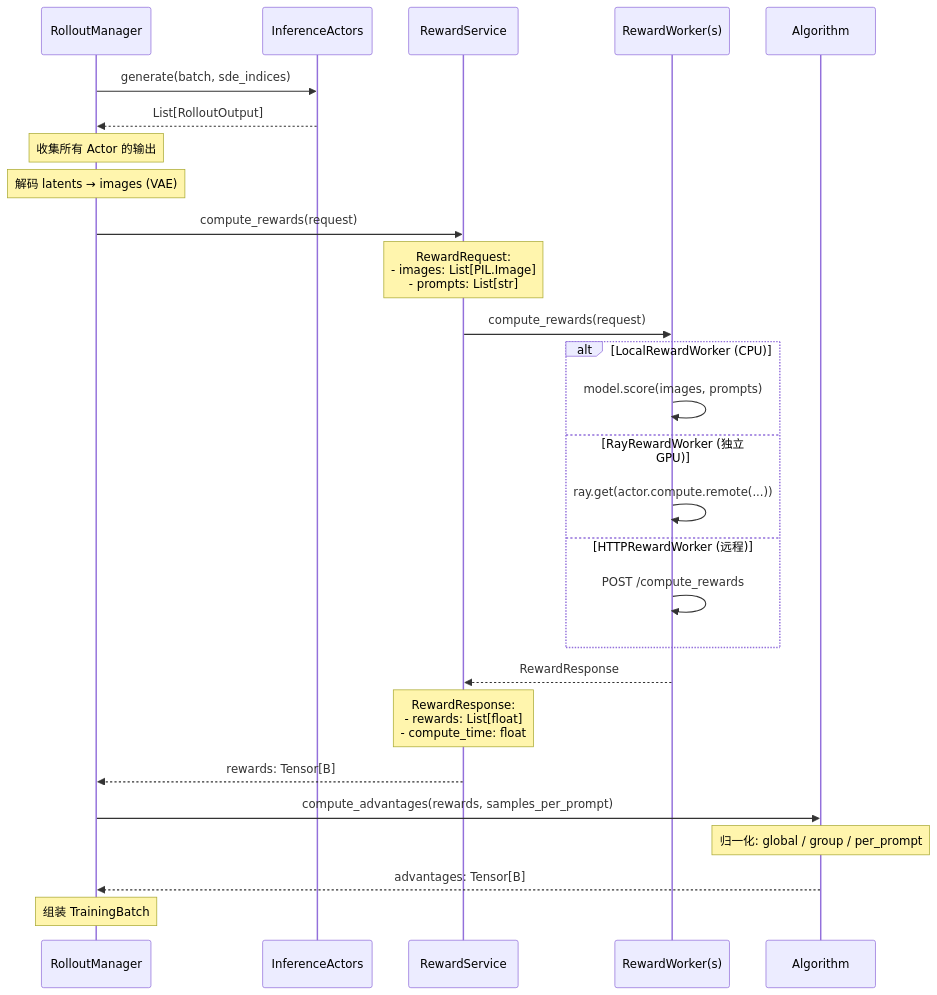
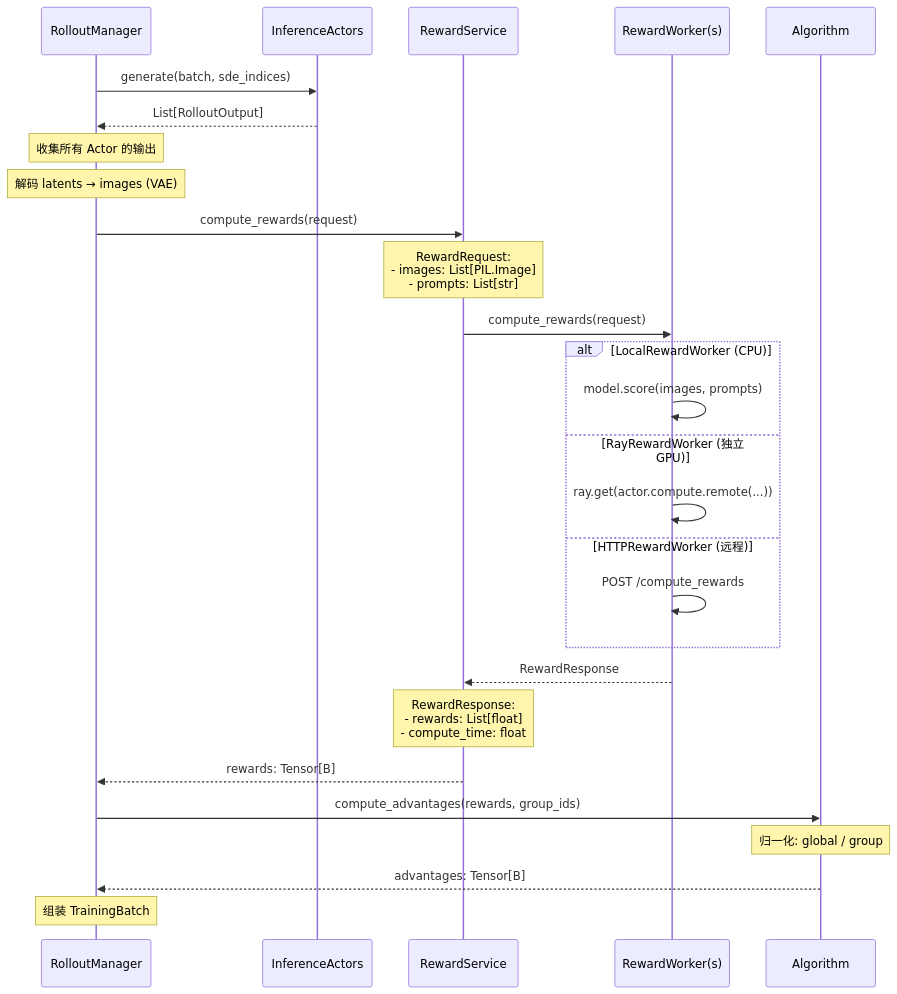
Diagram 21 of 27 in docs/Diffusion_RL_Design_Analysis.md (celve/unirl), drawn with Mermaid before and after one commit. The commit also changed other lines of this file and 57 other files, not shown here.

````diff
--- a/docs/Diffusion_RL_Design_Analysis.md
+++ b/docs/Diffusion_RL_Design_Analysis.md
@@ -2337,38 +2321,38 @@
 ```mermaid
 sequenceDiagram
     participant RM as RolloutManager
     participant IA as InferenceActors
     participant RS as RewardService
     participant RW as RewardWorker(s)
     participant Algo as Algorithm
 
     RM->>IA: generate(batch, sde_indices)
     IA-->>RM: List[RolloutOutput]
 
     Note over RM: 收集所有 Actor 的输出
     Note over RM: 解码 latents → images (VAE)
 
     RM->>RS: compute_rewards(request)
     Note over RS: RewardRequest:<br/>- images: List[PIL.Image]<br/>- prompts: List[str]
 
     RS->>RW: compute_rewards(request)
 
     alt LocalRewardWorker (CPU)
         RW->>RW: model.score(images, prompts)
     else RayRewardWorker (独立 GPU)
         RW->>RW: ray.get(actor.compute.remote(...))
     else HTTPRewardWorker (远程)
         RW->>RW: POST /compute_rewards
     end
 
     RW-->>RS: RewardResponse
     Note over RS: RewardResponse:<br/>- rewards: List[float]<br/>- compute_time: float
 
     RS-->>RM: rewards: Tensor[B]
 
-    RM->>Algo: compute_advantages(rewards, samples_per_prompt)
-    Note over Algo: 归一化: global / group / per_prompt
+    RM->>Algo: compute_advantages(rewards, group_ids)
+    Note over Algo: 归一化: global / group
     Algo-->>RM: advantages: Tensor[B]
 
     Note over RM: 组装 TrainingBatch
 ```
````
